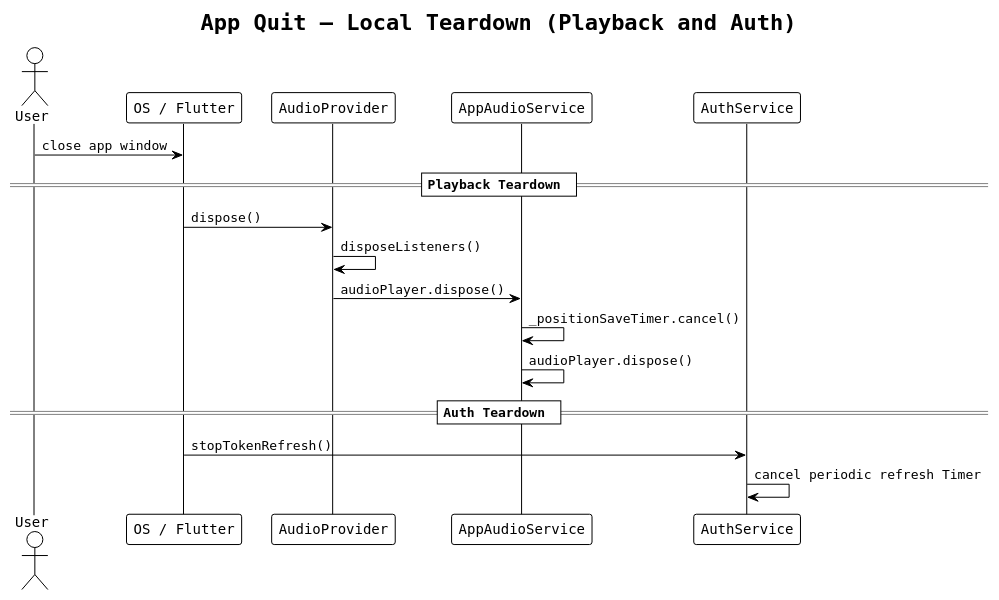
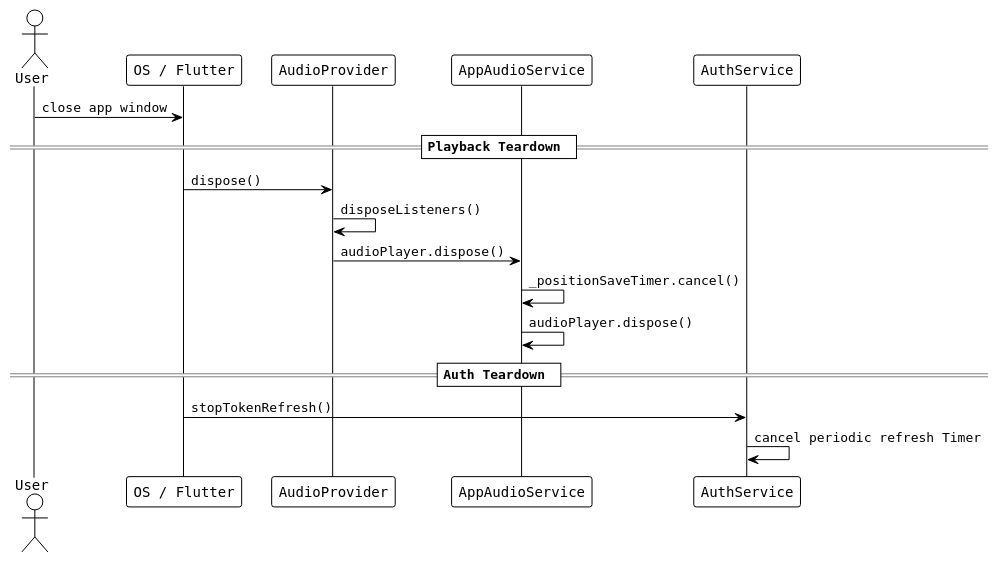
One commit to SDarius22/music-player-project changed the diagram in diagrams/flow_app_quit_local.puml. Above: the diagram before and after it, drawn with PlantUML. The commit also changed 37 other files, not shown here.

Commit message:
thesis + diagrams

```diff
--- a/diagrams/flow_app_quit_local.puml
+++ b/diagrams/flow_app_quit_local.puml
@@ -1,28 +1,26 @@
 @startuml flow_app_quit_local
 !theme plain
 skinparam defaultFontName monospaced
-
-title App Quit — Local Teardown (Playback and Auth)
 
 actor User
 participant "OS / Flutter" as os
 participant "AudioProvider" as audioProv
 participant "AppAudioService" as audioSvc
 participant "AuthService" as auth
 
 User -> os: close app window
 
 == Playback Teardown ==
 
 os -> audioProv: dispose()
 audioProv -> audioProv: disposeListeners()
 audioProv -> audioSvc: audioPlayer.dispose()
 audioSvc -> audioSvc: _positionSaveTimer.cancel()
 audioSvc -> audioSvc: audioPlayer.dispose()
 
 == Auth Teardown ==
 
 os -> auth: stopTokenRefresh()
 auth -> auth: cancel periodic refresh Timer
 
 @enduml
```
